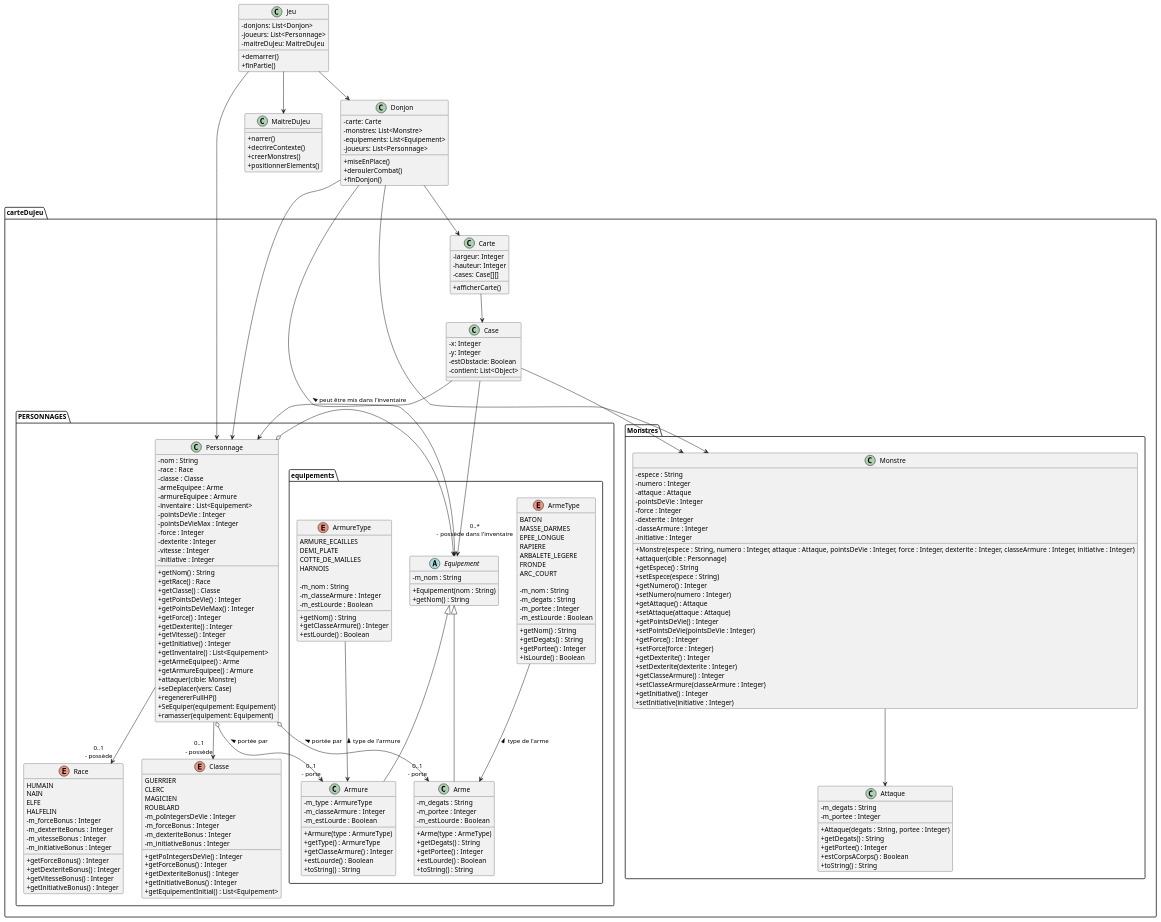
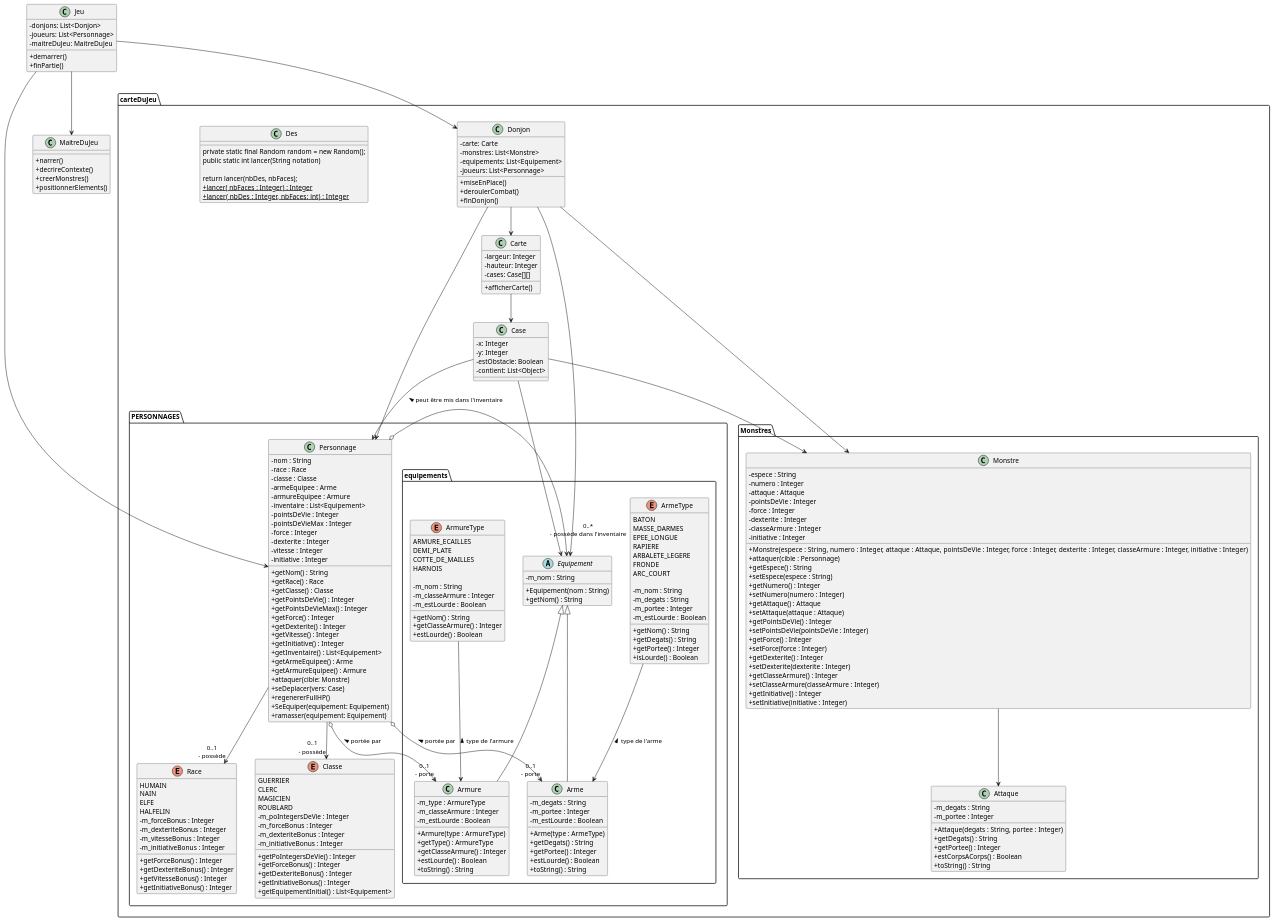
The diagram in uml/Semaine2.puml (ArthurALEXANDRE-29/doojons-and-dragons), drawn with PlantUML before and after one commit.

Commit message:
modif de uml, pas fini

```diff
--- a/uml/Semaine2.puml
+++ b/uml/Semaine2.puml
@@ -18,16 +18,27 @@
   + positionnerElements()
 }
 
-class Donjon {
-  - carte: Carte
-  - monstres: List<Monstre>
-  - equipements: List<Equipement>
-  - joueurs: List<Personnage>
-  + miseEnPlace()
-  + deroulerCombat()
-  + finDonjon()
-}
 package carteDuJeu{
+
+    class Donjon {
+        - carte: Carte
+        - monstres: List<Monstre>
+        - equipements: List<Equipement>
+        - joueurs: List<Personnage>
+        + miseEnPlace()
+        + deroulerCombat()
+        + finDonjon()
+    }
+    class Des{
+    private static final Random random = new Random();
+
+
+        public static int lancer(String notation)
+
+            return lancer(nbDes, nbFaces);
+        + {static}  lancer( nbFaces : Integer) : Integer
+        + {static} lancer( nbDes : Integer,  nbFaces: int) : Integer
+    }
     class Carte {
       - largeur: Integer
       - hauteur: Integer
```
